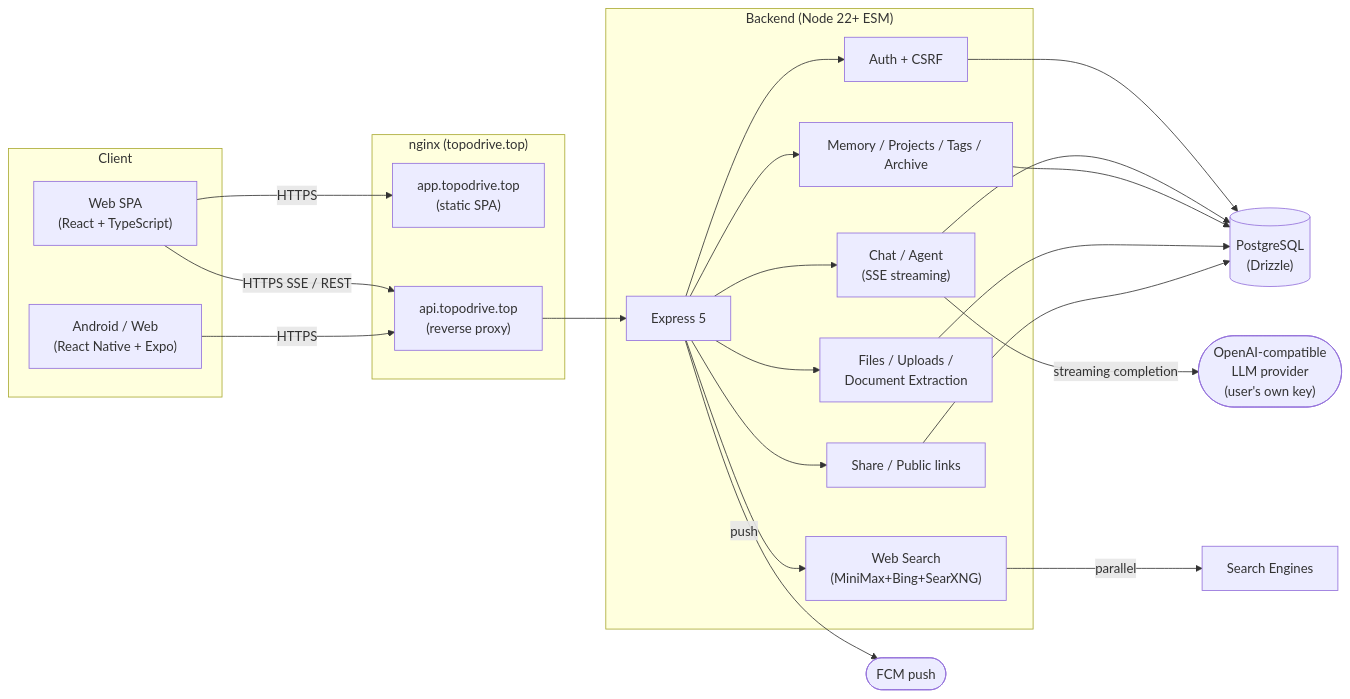
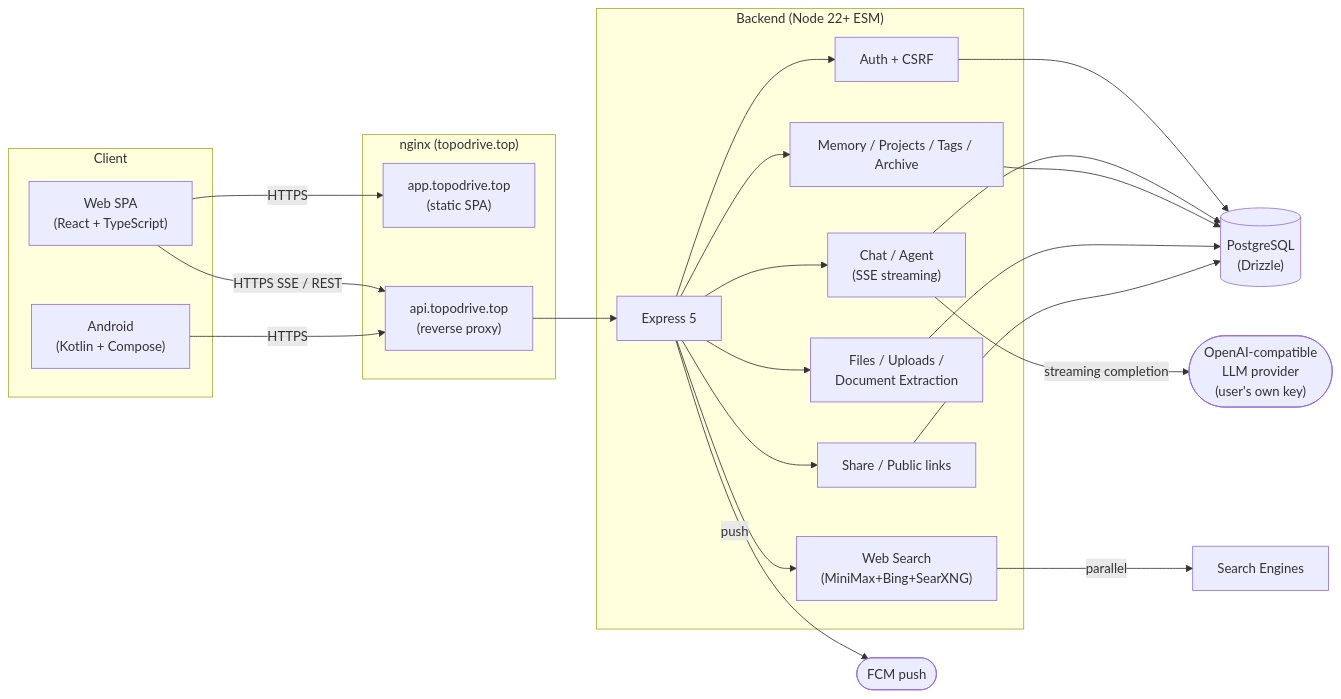
One commit to kevenhu001-cyber/Socrates changed the first of 2 diagrams in README.md. Above: the diagram before and after it, drawn with Mermaid. The commit also changed other lines of this file and 263 other files, not shown here.

````diff
--- a/README.md
+++ b/README.md
@@ -221,45 +228,45 @@
 ```mermaid
 flowchart LR
   subgraph Client["Client"]
     SPA["Web SPA<br/>(React + TypeScript)"]
-    APK["Android / Web<br/>(React Native + Expo)"]
+    APK["Android<br/>(Kotlin + Compose)"]
   end
 
   subgraph Edge["nginx (topodrive.top)"]
     APP["app.topodrive.top<br/>(static SPA)"]
     API["api.topodrive.top<br/>(reverse proxy)"]
   end
 
   subgraph Server["Backend (Node 22+ ESM)"]
     EX["Express 5"]
     AUTH["Auth + CSRF"]
     CHAT["Chat / Agent<br/>(SSE streaming)"]
     MEM["Memory / Projects / Tags / Archive"]
     FILES["Files / Uploads /<br/>Document Extraction"]
     WEB["Web Search<br/>(MiniMax+Bing+SearXNG)"]
     SHARE["Share / Public links"]
   end
 
   DB[("PostgreSQL<br/>(Drizzle)")]
   LLM(["OpenAI-compatible<br/>LLM provider<br/>(user's own key)"])
   FCM(["FCM push"])
 
   SPA -->|HTTPS| APP
   SPA -->|HTTPS SSE / REST| API
   APK -->|HTTPS| API
   API --> EX
   EX --> AUTH
   EX --> CHAT
   EX --> MEM
   EX --> FILES
   EX --> WEB
   EX --> SHARE
   AUTH --> DB
   CHAT --> DB
   CHAT -->|streaming completion| LLM
   MEM --> DB
   FILES --> DB
   WEB -->|parallel| SE["Search Engines"]
   SHARE --> DB
   EX -->|push| FCM
 ```
````
